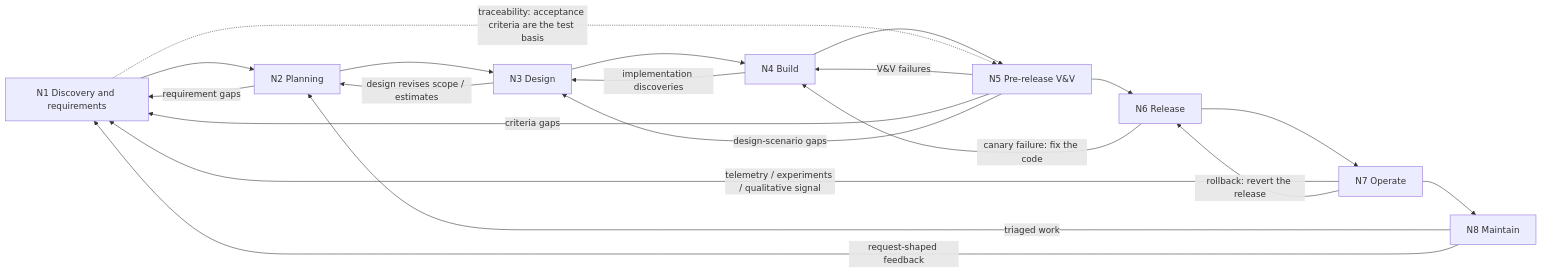
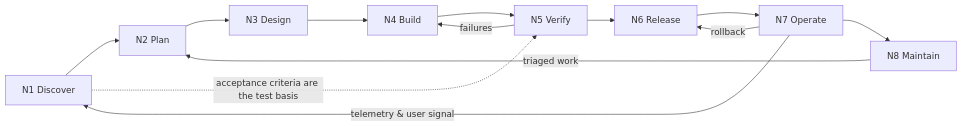
One commit to kashman001/ai-workspace-template changed the second of 3 diagrams in work/sdlc-ai-mapping/sdlc-map-standalone.md. Above: the diagram before and after it, drawn with Mermaid. The commit also changed other lines of this file and 1 other file, not shown here.

First line of the commit message:
work(sdlc-ai-mapping): View 2 diagrams — loop + curated graph, census demoted

````diff
--- a/work/sdlc-ai-mapping/sdlc-map-standalone.md
+++ b/work/sdlc-ai-mapping/sdlc-map-standalone.md
@@ -129,24 +148,15 @@
 ```mermaid
 flowchart LR
-    N1["N1 Discovery and requirements"] --> N2["N2 Planning"]
+    N1["N1 Discover"] --> N2["N2 Plan"]
     N2 --> N3["N3 Design"]
     N3 --> N4["N4 Build"]
-    N4 --> N5["N5 Pre-release V&V"]
+    N4 --> N5["N5 Verify"]
     N5 --> N6["N6 Release"]
     N6 --> N7["N7 Operate"]
     N7 --> N8["N8 Maintain"]
-
-    N7 -- "telemetry / experiments / qualitative signal" --> N1
+    N5 -- "failures" --> N4
+    N7 -- "rollback" --> N6
     N8 -- "triaged work" --> N2
-    N8 -- "request-shaped feedback" --> N1
-    N5 -- "V&V failures" --> N4
-    N5 -- "criteria gaps" --> N1
-    N5 -- "design-scenario gaps" --> N3
-    N6 -- "canary failure: fix the code" --> N4
-    N7 -- "rollback: revert the release" --> N6
-    N4 -- "implementation discoveries" --> N3
-    N3 -- "design revises scope / estimates" --> N2
-    N2 -- "requirement gaps" --> N1
-
-    N1 -. "traceability: acceptance criteria are the test basis" .-> N5
+    N7 -- "telemetry & user signal" --> N1
+    N1 -. "acceptance criteria are the test basis" .-> N5
 ```
````
